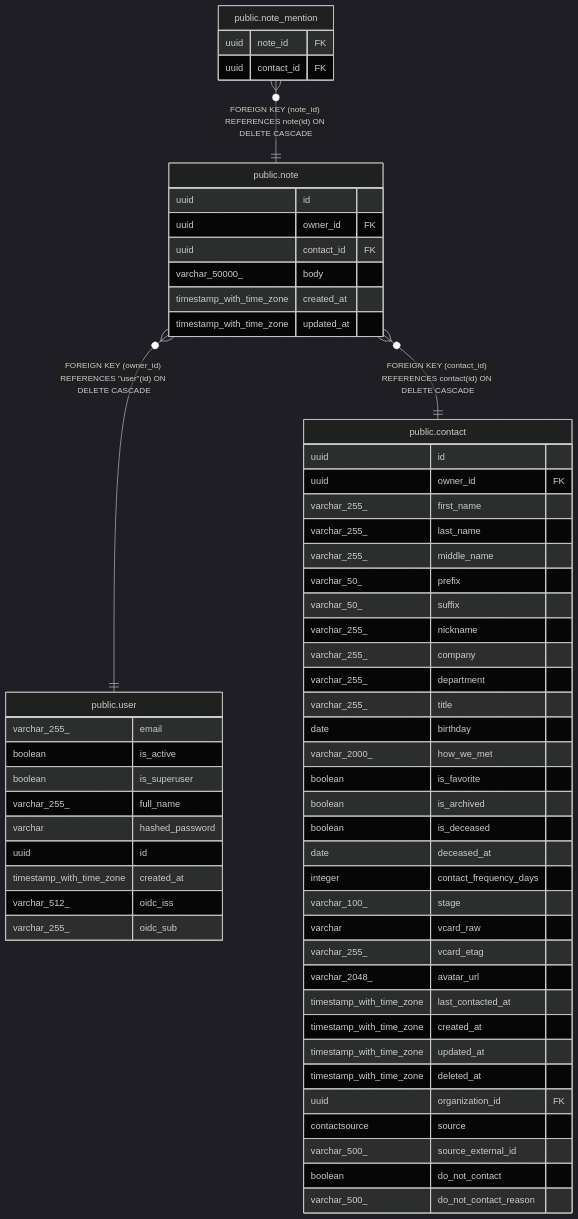
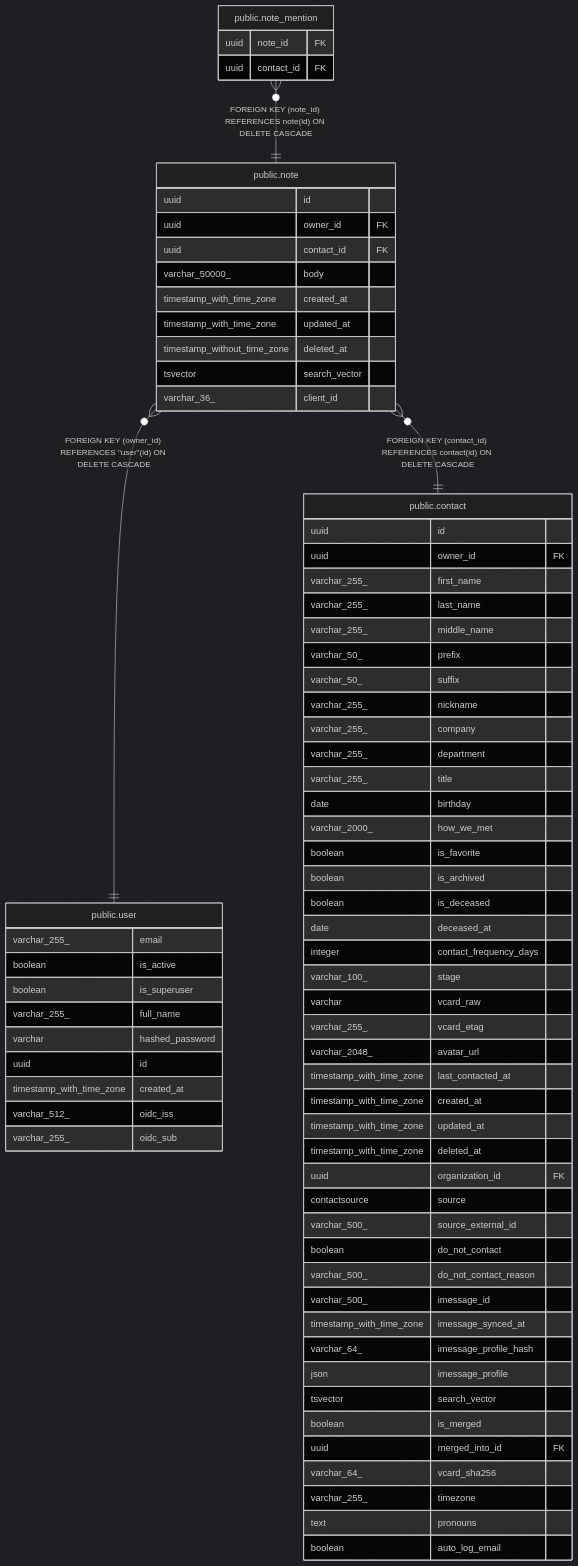
The diagram in docs/db/public.note.md (pike00/Kindred), drawn with Mermaid (dark theme) before and after one commit. The commit also changed other lines of this file and 32 other files, not shown here.

Commit message:
docs: regenerate db schema docs (tbls) — sync with live schema

````diff
--- a/docs/db/public.note.md
+++ b/docs/db/public.note.md
@@ -43,64 +55,78 @@
 ```mermaid
 erDiagram
 
 "public.note_mention" }o--|| "public.note" : "FOREIGN KEY (note_id) REFERENCES note(id) ON DELETE CASCADE"
 "public.note" }o--|| "public.user" : "FOREIGN KEY (owner_id) REFERENCES #quot;user#quot;(id) ON DELETE CASCADE"
 "public.note" }o--|| "public.contact" : "FOREIGN KEY (contact_id) REFERENCES contact(id) ON DELETE CASCADE"
 
 "public.note" {
   uuid id
   uuid owner_id FK
   uuid contact_id FK
   varchar_50000_ body
   timestamp_with_time_zone created_at
   timestamp_with_time_zone updated_at
+  timestamp_without_time_zone deleted_at
+  tsvector search_vector
+  varchar_36_ client_id
 }
 "public.note_mention" {
   uuid note_id FK
   uuid contact_id FK
 }
 "public.user" {
   varchar_255_ email
   boolean is_active
   boolean is_superuser
   varchar_255_ full_name
   varchar hashed_password
   uuid id
   timestamp_with_time_zone created_at
   varchar_512_ oidc_iss
   varchar_255_ oidc_sub
 }
 "public.contact" {
   uuid id
   uuid owner_id FK
   varchar_255_ first_name
   varchar_255_ last_name
   varchar_255_ middle_name
   varchar_50_ prefix
   varchar_50_ suffix
   varchar_255_ nickname
   varchar_255_ company
   varchar_255_ department
   varchar_255_ title
   date birthday
   varchar_2000_ how_we_met
   boolean is_favorite
   boolean is_archived
   boolean is_deceased
   date deceased_at
   integer contact_frequency_days
   varchar_100_ stage
   varchar vcard_raw
   varchar_255_ vcard_etag
   varchar_2048_ avatar_url
   timestamp_with_time_zone last_contacted_at
   timestamp_with_time_zone created_at
   timestamp_with_time_zone updated_at
   timestamp_with_time_zone deleted_at
   uuid organization_id FK
   contactsource source
   varchar_500_ source_external_id
   boolean do_not_contact
   varchar_500_ do_not_contact_reason
+  varchar_500_ imessage_id
+  timestamp_with_time_zone imessage_synced_at
+  varchar_64_ imessage_profile_hash
+  json imessage_profile
+  tsvector search_vector
+  boolean is_merged
+  uuid merged_into_id FK
+  varchar_64_ vcard_sha256
+  varchar_255_ timezone
+  text pronouns
+  boolean auto_log_email
 }
 ```
````
